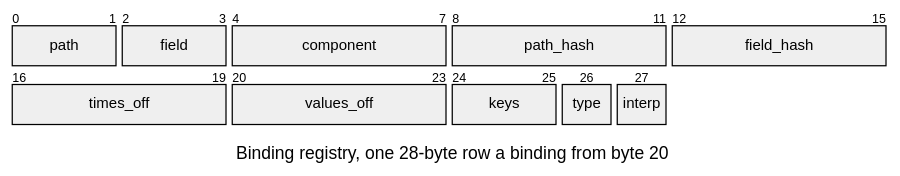
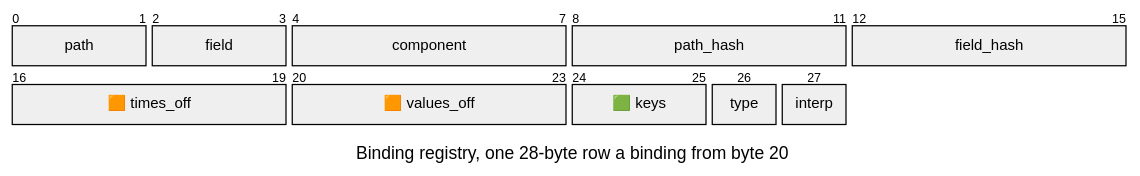
The second of 2 diagrams in docs/assets/formats/TRCK.md (jose-villegas/autana), drawn with Mermaid before and after one commit. The commit also changed other lines of this file and 14 other files, not shown here.

````diff
--- a/docs/assets/formats/TRCK.md
+++ b/docs/assets/formats/TRCK.md
@@ -23,20 +23,20 @@
 ```mermaid
 ---
 config:
   packet:
     bitsPerRow: 16
-    bitWidth: 44
+    bitWidth: 56
 ---
 packet-beta
 title Binding registry, one 28-byte row a binding from byte 20
 0-1: "path"
 2-3: "field"
 4-7: "component"
 8-11: "path_hash"
 12-15: "field_hash"
-16-19: "times_off"
-20-23: "values_off"
-24-25: "keys"
+16-19: "🟧 times_off"
+20-23: "🟧 values_off"
+24-25: "🟩 keys"
 26: "type"
 27: "interp"
 ```
````
